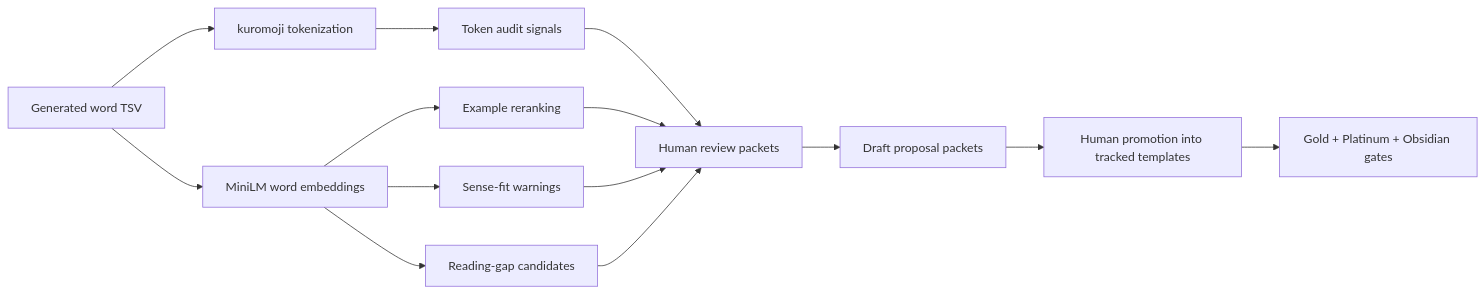
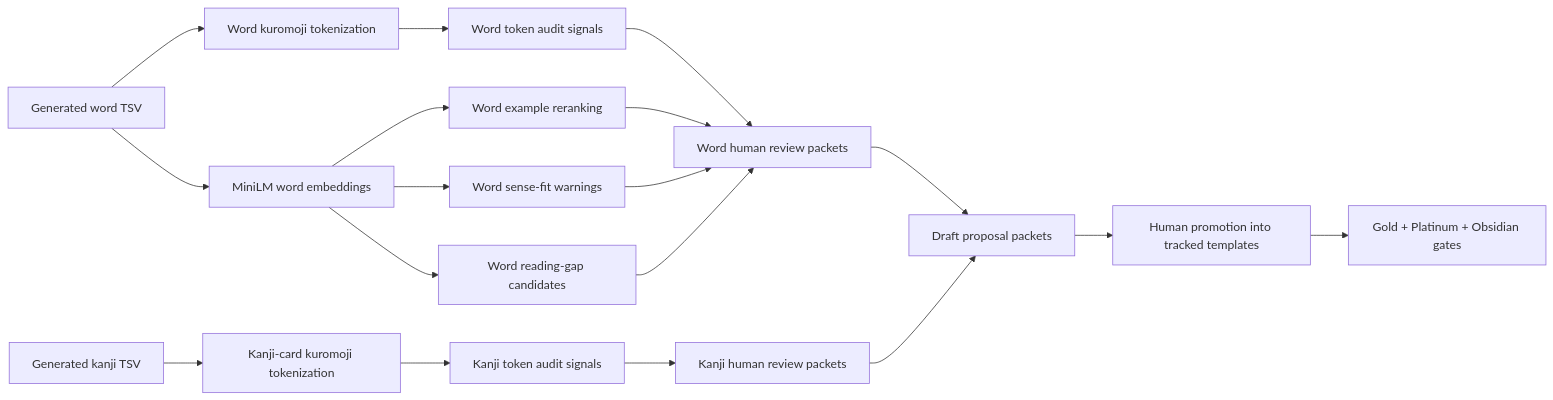
The second of 2 diagrams in README.md (JeremiahM18/japanese-kanji-anki-builder), drawn with Mermaid before and after one commit. The commit also changed other lines of this file and 9 other files, not shown here.

````diff
--- a/README.md
+++ b/README.md
@@ -34,16 +34,20 @@
 ```mermaid
 flowchart LR
-    A["Generated word TSV"] --> B["kuromoji tokenization"]
+    A["Generated word TSV"] --> B["Word kuromoji tokenization"]
     A --> C["MiniLM word embeddings"]
-    B --> D["Token audit signals"]
-    C --> E["Example reranking"]
-    C --> F["Sense-fit warnings"]
-    C --> G["Reading-gap candidates"]
-    D --> H["Human review packets"]
+    B --> D["Word token audit signals"]
+    C --> E["Word example reranking"]
+    C --> F["Word sense-fit warnings"]
+    C --> G["Word reading-gap candidates"]
+    D --> H["Word human review packets"]
     E --> H
     F --> H
     G --> H
+    K["Generated kanji TSV"] --> L["Kanji-card kuromoji tokenization"]
+    L --> M["Kanji token audit signals"]
+    M --> N["Kanji human review packets"]
     H --> I["Draft proposal packets"]
+    N --> I
     I --> J["Human promotion into tracked templates"]
-    J --> K["Gold + Platinum + Obsidian gates"]
+    J --> O["Gold + Platinum + Obsidian gates"]
 ```
````
